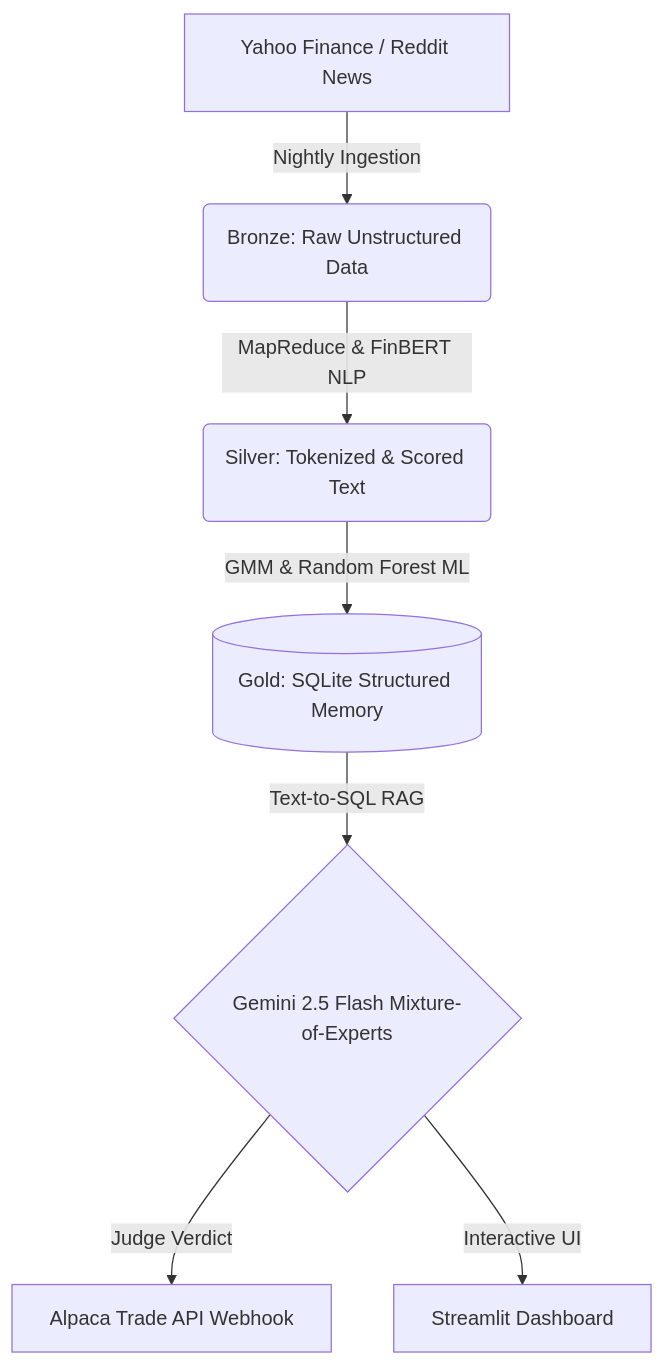
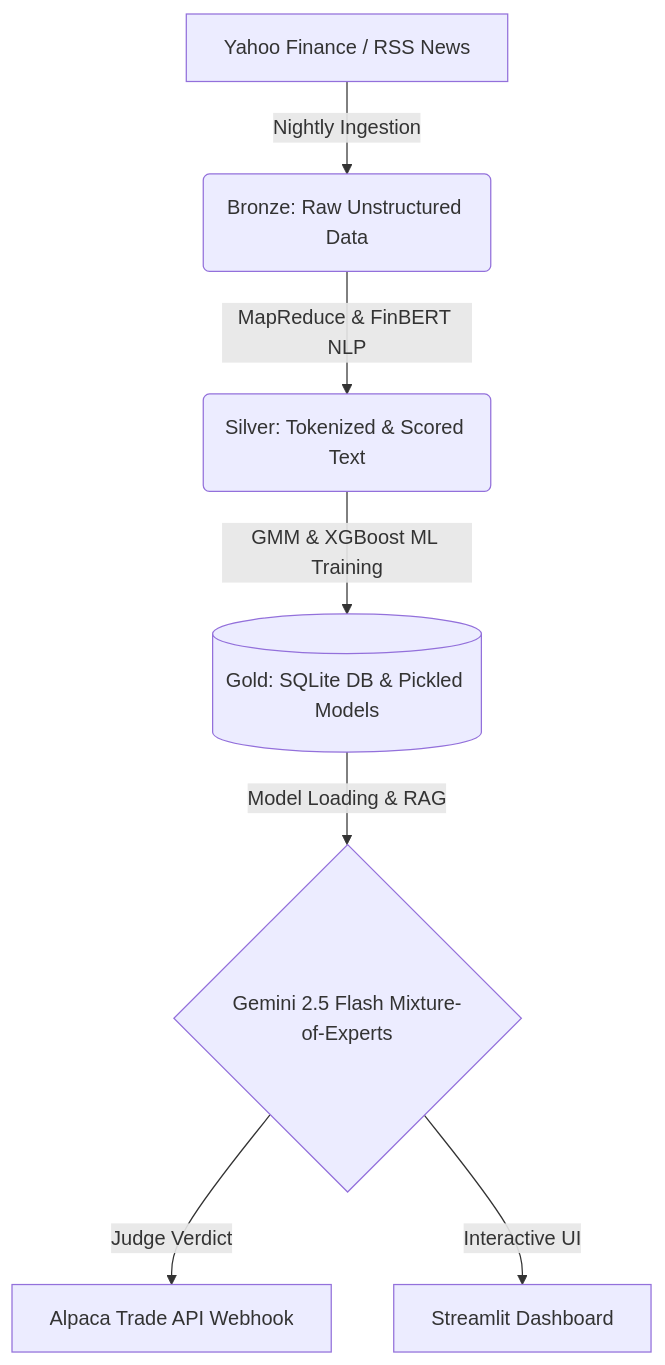
One commit to amjad-hanini/Macro-Sentiment-Agentic-Pipeline changed the diagram in README.md. Above: the diagram before and after it, drawn with Mermaid. The commit also changed other lines of this file, not shown here.

Commit message:
update architecture and quickstart to reflect offline ML training and pickle artifacts

````diff
--- a/README.md
+++ b/README.md
@@ -36,9 +36,9 @@
 ```mermaid
 graph TD;
-    A[Yahoo Finance / Reddit News] -->|Nightly Ingestion| B(Bronze: Raw Unstructured Data);
+    A[Yahoo Finance / RSS News] -->|Nightly Ingestion| B(Bronze: Raw Unstructured Data);
     B -->|MapReduce & FinBERT NLP| C(Silver: Tokenized & Scored Text);
-    C -->|GMM & Random Forest ML| D[(Gold: SQLite Structured Memory)];
-    D -->|Text-to-SQL RAG| E{Gemini 2.5 Flash Mixture-of-Experts};
+    C -->|GMM & XGBoost ML Training| D[(Gold: SQLite DB & Pickled Models)];
+    D -->|Model Loading & RAG| E{Gemini 2.5 Flash Mixture-of-Experts};
     E -->|Judge Verdict| F[Alpaca Trade API Webhook];
     E -->|Interactive UI| G[Streamlit Dashboard];
 ```
````
